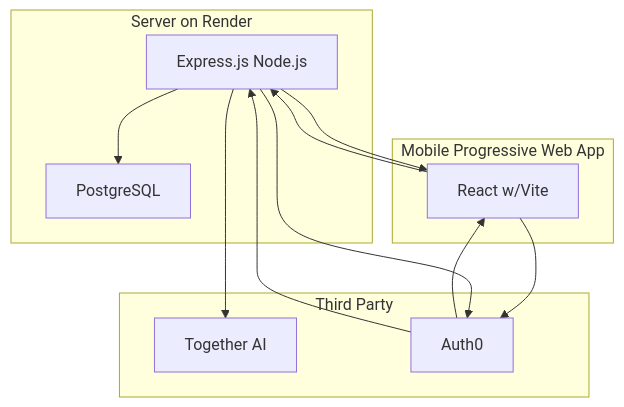
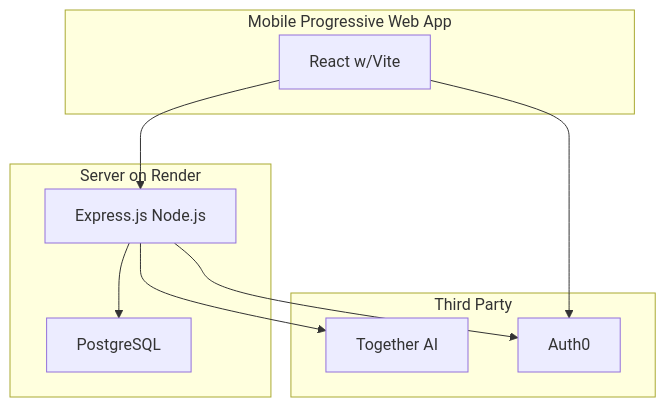
One commit to jds2501/springboard-capstone changed the diagram in project-proposal.md. Above: the diagram before and after it, drawn with Mermaid.

Commit message:
Simplified arch diagram

````diff
--- a/project-proposal.md
+++ b/project-proposal.md
@@ -16,19 +16,16 @@
 ```mermaid
 graph TD;
     subgraph Server on Render
         A[Express.js Node.js] --> D[PostgreSQL]
         
     end
     subgraph Mobile Progressive Web App
-        A --> E[React w/Vite]
-        E --> A
+        E[React w/Vite] --> A
     end
     subgraph Third Party
         A --> C[Together AI]
         E --> B[Auth0];
-        B --> E
     end
 
     A --> B
-    B --> A
 ```
````
